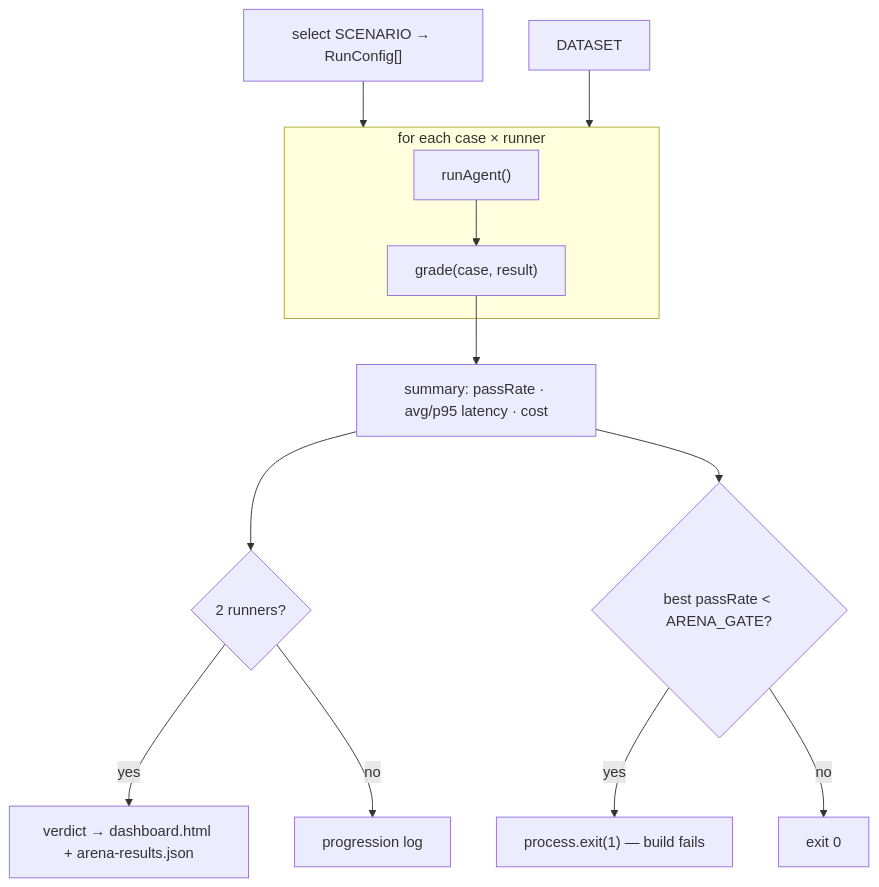
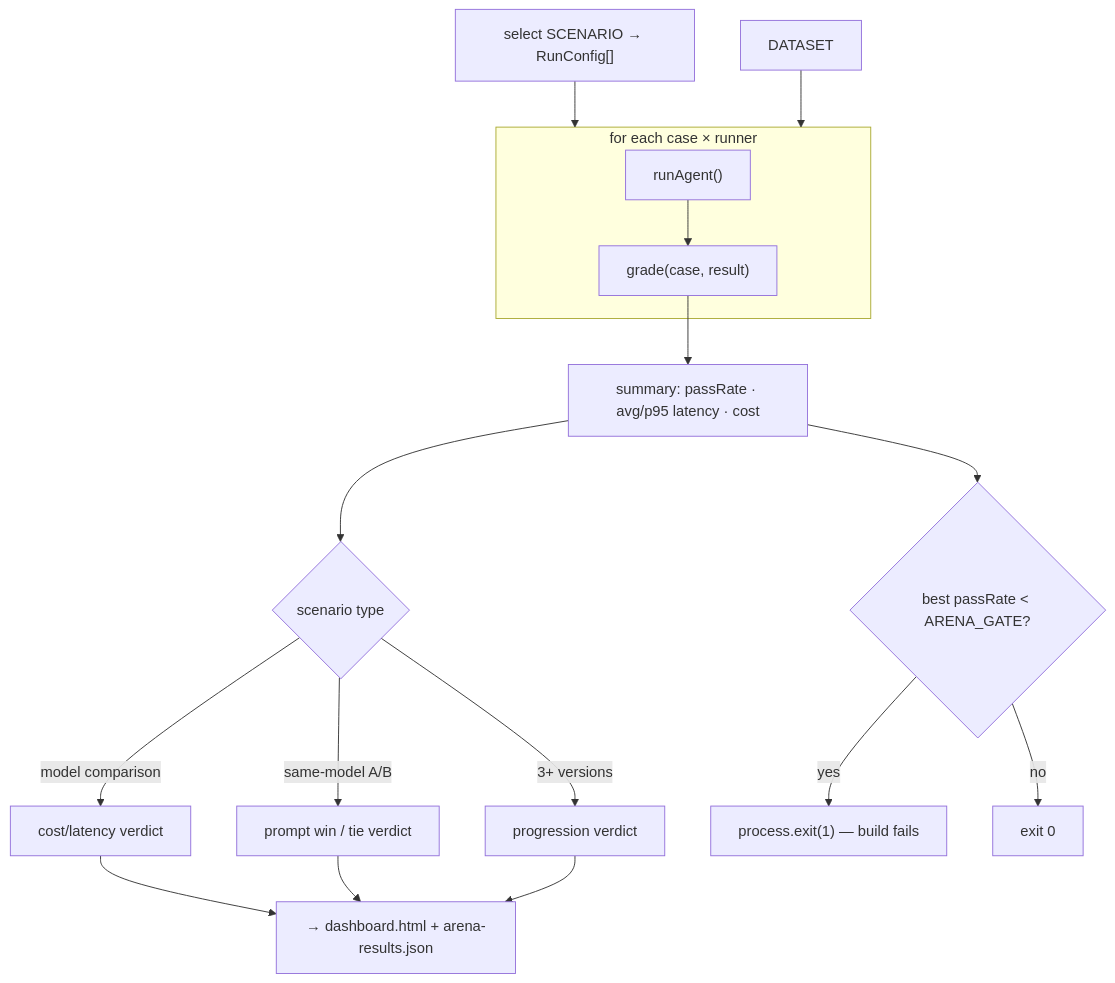
The sixth of 6 diagrams in ARCHITECTURE.md (ArikEpstein/ai-arena), drawn with Mermaid before and after one commit. The commit also changed other lines of this file and 26 other files, not shown here.

First line of the commit message:
Multi-scenario Eval Arena with selector dashboard; fix live RAG rerank

````diff
--- a/ARCHITECTURE.md
+++ b/ARCHITECTURE.md
@@ -307,15 +316,19 @@
 ```mermaid
 flowchart TD
     SC["select SCENARIO → RunConfig[]"] --> LOOP
     DS[DATASET] --> LOOP
     subgraph LOOP["for each case × runner"]
         RA["runAgent()"] --> GR["grade(case, result)"]
     end
     GR --> SUM["summary: passRate · avg/p95 latency · cost"]
-    SUM --> V{2 runners?}
-    V -->|yes| VERD["verdict → dashboard.html + arena-results.json"]
-    V -->|no| PROG["progression log"]
+    SUM --> V{scenario type}
+    V -->|model comparison| MC["cost/latency verdict"]
+    V -->|same-model A/B| AB["prompt win / tie verdict"]
+    V -->|3+ versions| PROG["progression verdict"]
+    MC --> OUT["→ dashboard.html + arena-results.json"]
+    AB --> OUT
+    PROG --> OUT
     SUM --> GATE{"best passRate < ARENA_GATE?"}
     GATE -->|yes| FAIL["process.exit(1) — build fails"]
     GATE -->|no| PASS["exit 0"]
 ```
````
